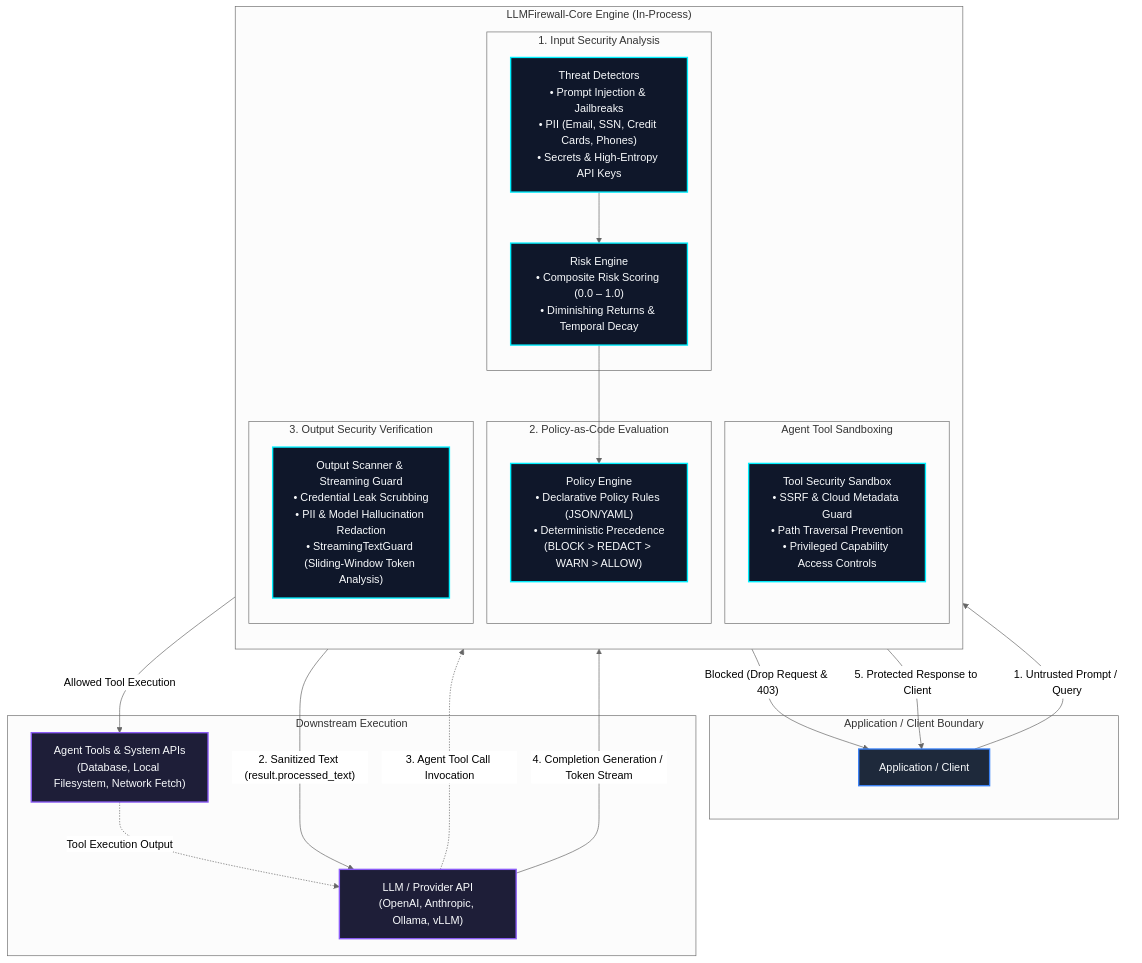
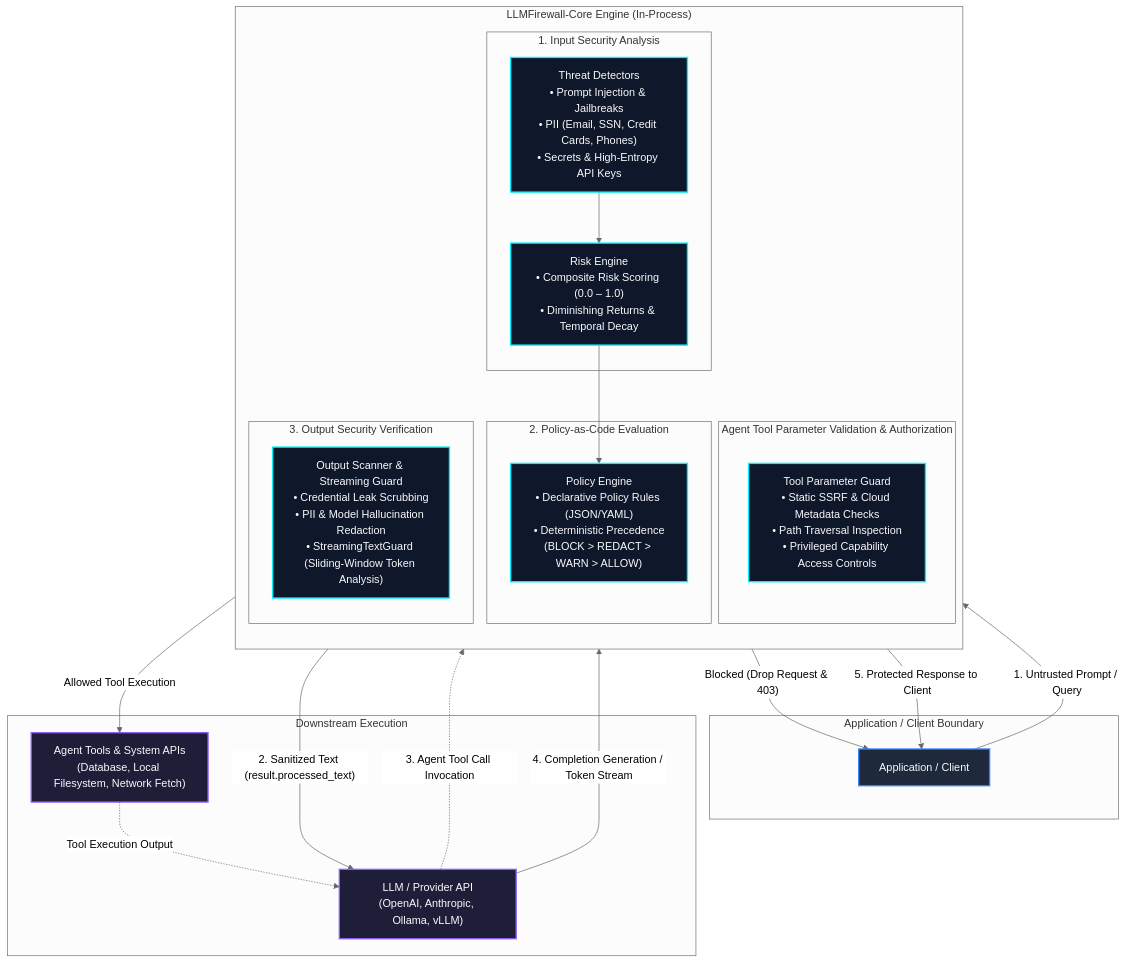
One commit to Livesh-L-28/LLMFirewall changed the diagram in README.md. Above: the diagram before and after it, drawn with Mermaid (neutral theme). The commit also changed other lines of this file and 1 other file, not shown here.

Commit message:
docs(release): correct v1.4.0 security claims and evidence

````diff
--- a/README.md
+++ b/README.md
@@ -76,49 +80,49 @@
 ```mermaid
 flowchart TD
     subgraph Client["Application / Client Boundary"]
         App["Application / Client"]
     end
 
     subgraph FW["LLMFirewall-Core Engine (In-Process)"]
         direction TB
         subgraph InputPipeline["1. Input Security Analysis"]
             Detectors["Threat Detectors<br/>• Prompt Injection & Jailbreaks<br/>• PII (Email, SSN, Credit Cards, Phones)<br/>• Secrets & High-Entropy API Keys"]
             RiskEngine["Risk Engine<br/>• Composite Risk Scoring (0.0 – 1.0)<br/>• Diminishing Returns & Temporal Decay"]
         end
 
         subgraph PolicyEval["2. Policy-as-Code Evaluation"]
             PolicyEngine["Policy Engine<br/>• Declarative Policy Rules (JSON/YAML)<br/>• Deterministic Precedence<br/>(BLOCK > REDACT > WARN > ALLOW)"]
         end
 
-        subgraph ToolSandbox["Agent Tool Sandboxing"]
-            ToolGuard["Tool Security Sandbox<br/>• SSRF & Cloud Metadata Guard<br/>• Path Traversal Prevention<br/>• Privileged Capability Access Controls"]
+        subgraph ToolValidation["Agent Tool Parameter Validation & Authorization"]
+            ToolGuard["Tool Parameter Guard<br/>• Static SSRF & Cloud Metadata Checks<br/>• Path Traversal Inspection<br/>• Privileged Capability Access Controls"]
         end
 
         subgraph OutputPipeline["3. Output Security Verification"]
             OutputGuard["Output Scanner & Streaming Guard<br/>• Credential Leak Scrubbing<br/>• PII & Model Hallucination Redaction<br/>• StreamingTextGuard (Sliding-Window Token Analysis)"]
         end
     end
 
     subgraph Downstream["Downstream Execution"]
         LLM["LLM / Provider API<br/>(OpenAI, Anthropic, Ollama, vLLM)"]
         Tools["Agent Tools & System APIs<br/>(Database, Local Filesystem, Network Fetch)"]
     end
 
     App -->|"1. Untrusted Prompt / Query"| Detectors
     Detectors --> RiskEngine
     RiskEngine --> PolicyEngine
     PolicyEngine -->|"Blocked (Drop Request & 403)"| App
     PolicyEngine -->|"2. Sanitized Text (result.processed_text)"| LLM
     LLM -.->|"3. Agent Tool Call Invocation"| ToolGuard
     ToolGuard -->|"Allowed Tool Execution"| Tools
     Tools -.->|"Tool Execution Output"| LLM
     LLM -->|"4. Completion Generation / Token Stream"| OutputGuard
     OutputGuard -->|"5. Protected Response to Client"| App
 
     classDef client fill:#1e293b,stroke:#3b82f6,stroke-width:2px,color:#f8fafc;
     classDef firewall fill:#0f172a,stroke:#00f0ff,stroke-width:2px,color:#f8fafc;
     classDef downstream fill:#1e1e38,stroke:#8b5cf6,stroke-width:2px,color:#f8fafc;
     class App client;
     class Detectors,RiskEngine,PolicyEngine,ToolGuard,OutputGuard firewall;
     class LLM,Tools downstream;
 ```
````
